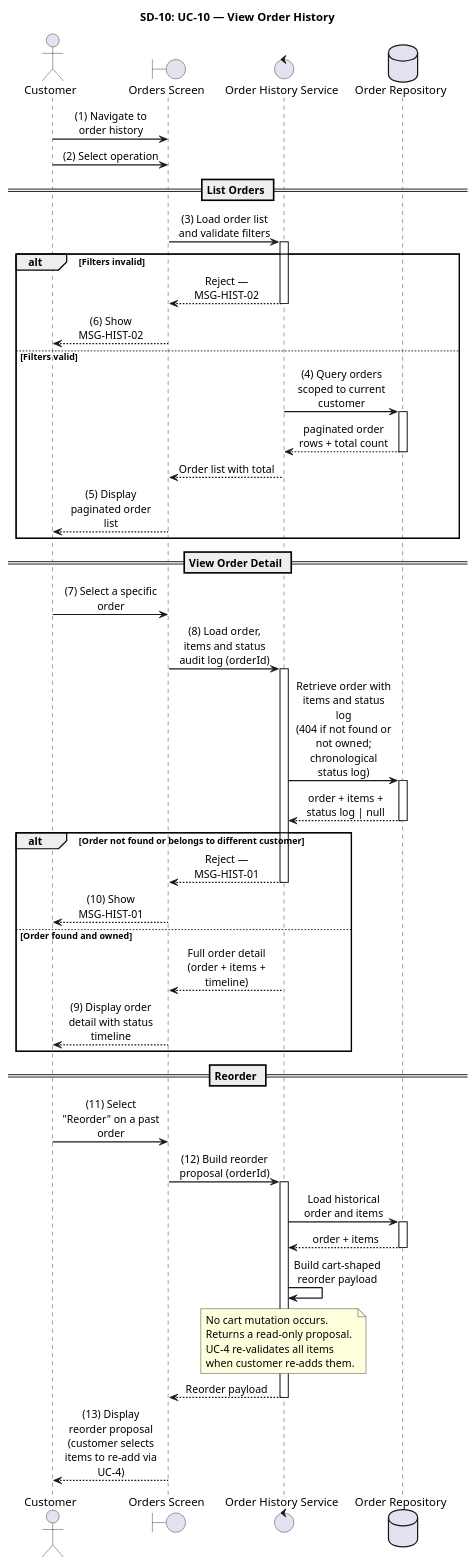
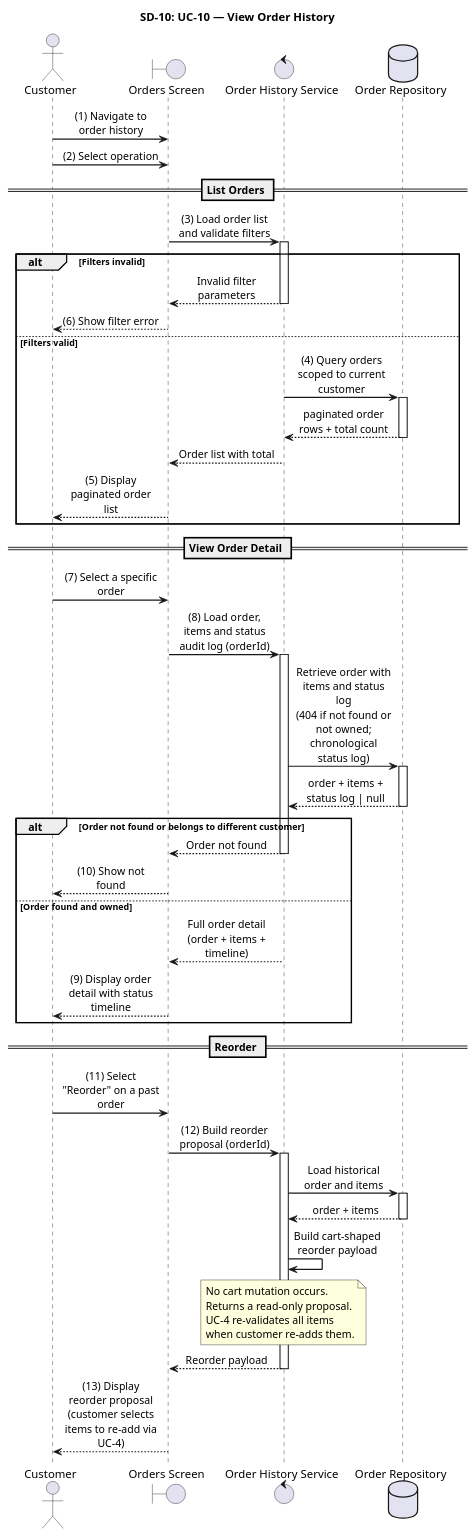
The tenth of 35 diagrams in apps/api/docs/Final_Documents/SRS_SequenceDiagrams.md (luubinhdeptrai/Food_Delivery), drawn with PlantUML before and after one commit. The commit also changed other lines of this file, not shown here.

Commit message:
complete sequence diagram

```diff
--- a/apps/api/docs/Final_Documents/SRS_SequenceDiagrams.md
+++ b/apps/api/docs/Final_Documents/SRS_SequenceDiagrams.md
@@ -829,9 +838,9 @@
 activate HistSvc
 
 alt Filters invalid
-    HistSvc --> UI : Reject — MSG-HIST-02
+    HistSvc --> UI : Invalid filter parameters
     deactivate HistSvc
-    UI --> Actor : (6) Show MSG-HIST-02
+    UI --> Actor : (6) Show filter error
 else Filters valid
     HistSvc -> OrderRepo : (4) Query orders scoped to current customer
     activate OrderRepo
@@ -854,9 +863,9 @@
 deactivate OrderRepo
 
 alt Order not found or belongs to different customer
-    HistSvc --> UI : Reject — MSG-HIST-01
+    HistSvc --> UI : Order not found
     deactivate HistSvc
-    UI --> Actor : (10) Show MSG-HIST-01
+    UI --> Actor : (10) Show not found
 else Order found and owned
     HistSvc --> UI : Full order detail (order + items + timeline)
     deactivate HistSvc
```
